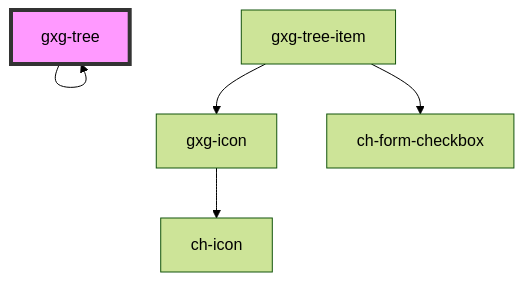
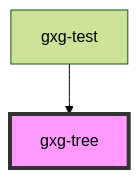
The diagram in src/components/tree/readme.md (genexuslabs/gemini), drawn with Mermaid (forest theme) before and after one commit. The commit also changed other lines of this file and 20 other files, not shown here.

````diff
--- a/src/components/tree/readme.md
+++ b/src/components/tree/readme.md
@@ -42,8 +36,5 @@
 ```mermaid
 graph TD;
-  gxg-tree --> gxg-tree
-  gxg-tree-item --> gxg-icon
-  gxg-tree-item --> ch-form-checkbox
-  gxg-icon --> ch-icon
+  gxg-test --> gxg-tree
   style gxg-tree fill:#f9f,stroke:#333,stroke-width:4px
 ```
````
